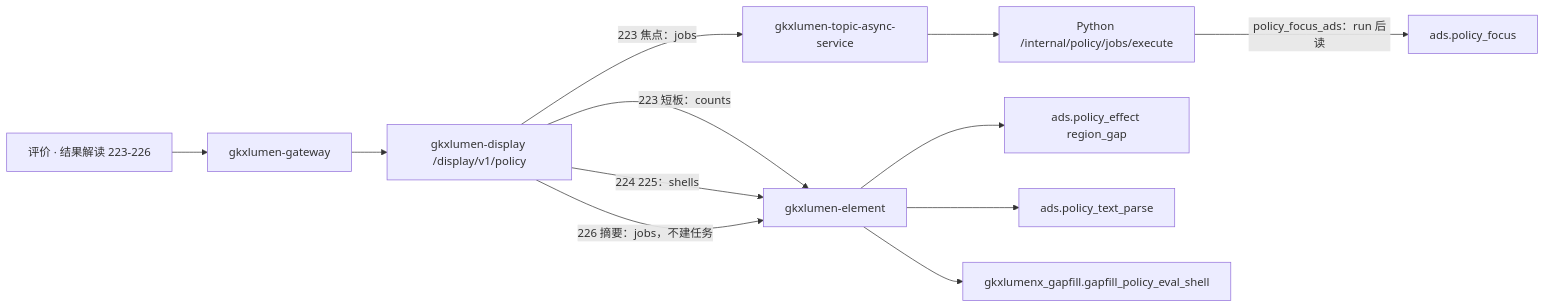
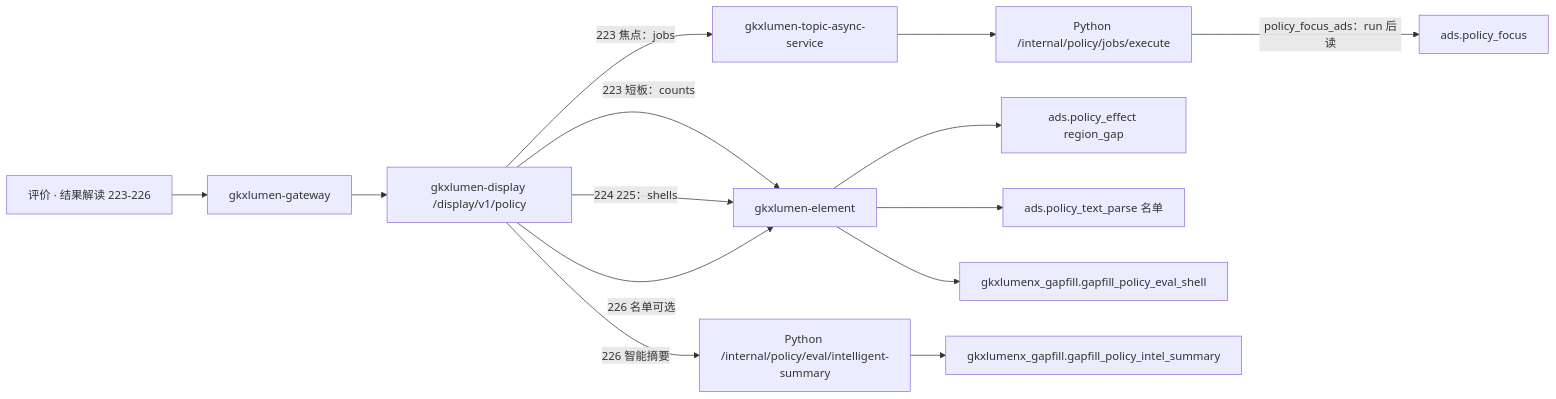
One commit to Marisolebxf/- changed the diagram in agent-delivery/agent-handoffs/科技政策跟踪-POL/sdd/l2/POL-L2-DS11-READ-ARCH.md. Above: the diagram before and after it, drawn with Mermaid. The commit also changed other lines of this file and 13 other files, not shown here.

````diff
--- a/agent-delivery/agent-handoffs/科技政策跟踪-POL/sdd/l2/POL-L2-DS11-READ-ARCH.md
+++ b/agent-delivery/agent-handoffs/科技政策跟踪-POL/sdd/l2/POL-L2-DS11-READ-ARCH.md
@@ -55,19 +55,22 @@
 ```mermaid
 flowchart LR
   fe["评价 · 结果解读 223-226"]
   gw["gkxlumen-gateway"]
   bff["gkxlumen-display /display/v1/policy"]
   el["gkxlumen-element"]
   async["gkxlumen-topic-async-service"]
-  py["Python /internal/policy/jobs/execute"]
+  pyJob["Python /internal/policy/jobs/execute"]
+  pySum["Python /internal/policy/eval/intelligent-summary"]
   adsF["ads.policy_focus"]
   adsE["ads.policy_effect region_gap"]
-  adsP["ads.policy_text_parse"]
+  adsP["ads.policy_text_parse 名单"]
   gap["gkxlumenx_gapfill.gapfill_policy_eval_shell"]
+  gapS["gkxlumenx_gapfill.gapfill_policy_intel_summary"]
   fe --> gw --> bff
   bff -->|"223 短板：counts"| el --> adsE
   bff -->|"224 225：shells"| el --> gap
-  bff -->|"223 焦点：jobs"| async --> py
-  bff -->|"226 摘要：jobs，不建任务"| el --> adsP
-  py -->|"policy_focus_ads：run 后读"| adsF
+  bff -->|"223 焦点：jobs"| async --> pyJob
+  bff -->|"226 名单可选"| el --> adsP
+  bff -->|"226 智能摘要"| pySum --> gapS
+  pyJob -->|"policy_focus_ads：run 后读"| adsF
 ```
````
